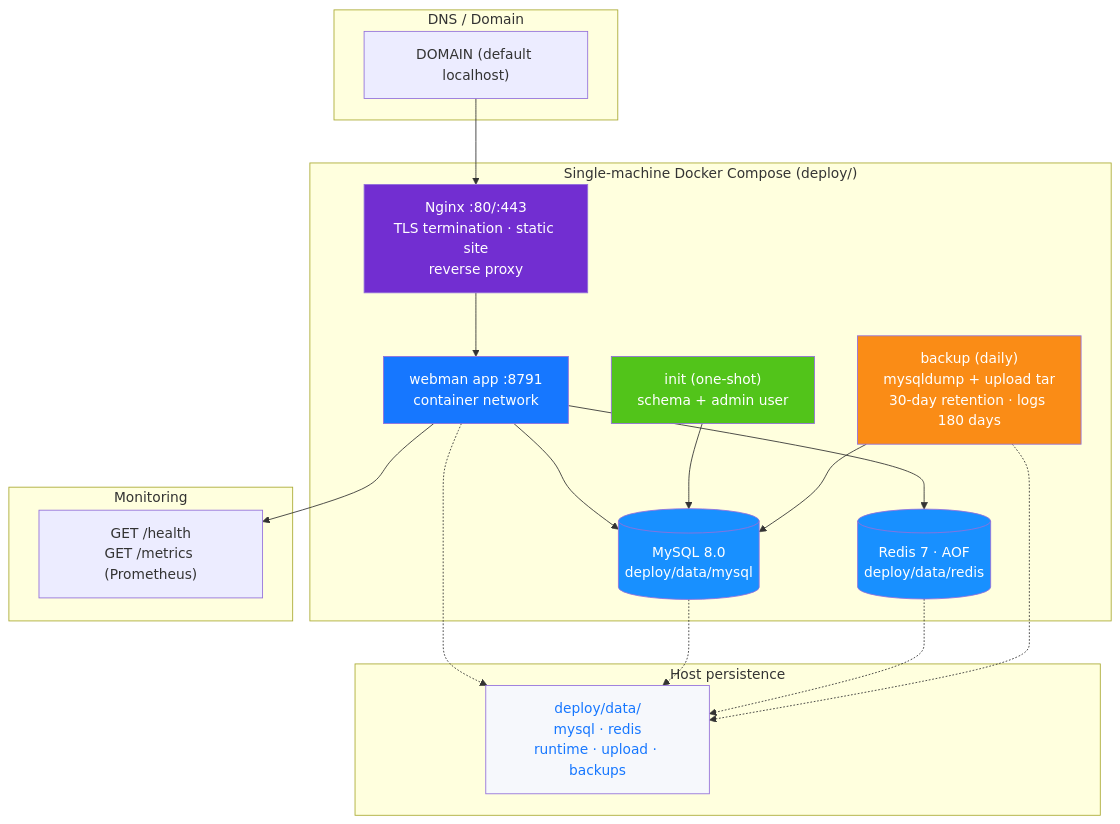
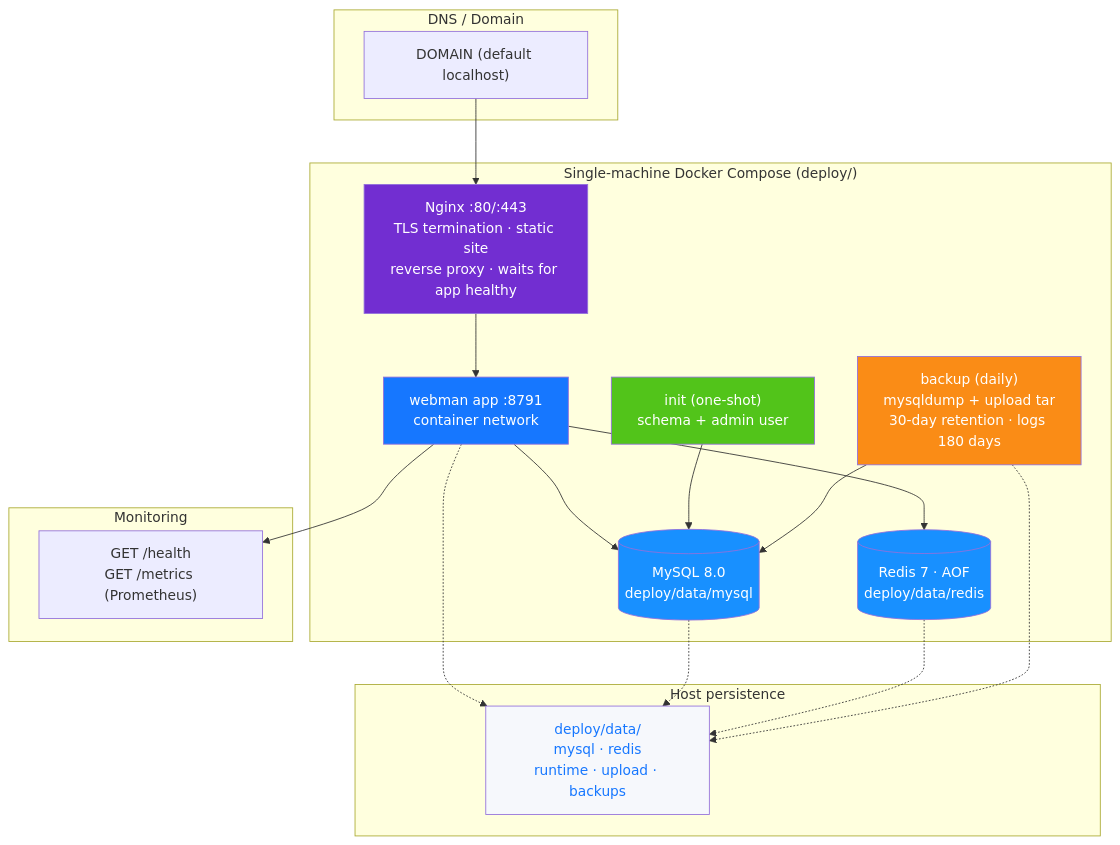
One commit to erikwang2013/open-admin changed the diagram in docs/diagrams/12-deployment.en.md. Above: the diagram before and after it, drawn with Mermaid. The commit also changed 62 other files, not shown here.

````diff
--- a/docs/diagrams/12-deployment.en.md
+++ b/docs/diagrams/12-deployment.en.md
@@ -7,43 +7,43 @@
 ```mermaid
 flowchart TB
     subgraph dns["DNS / Domain"]
         domain["DOMAIN (default localhost)"]
     end
 
     subgraph host["Single-machine Docker Compose (deploy/)"]
-        nginx["Nginx :80/:443<br/>TLS termination · static site<br/>reverse proxy"]
+        nginx["Nginx :80/:443<br/>TLS termination · static site<br/>reverse proxy · waits for app healthy"]
         bootstrap["init (one-shot)<br/>schema + admin user"]
         wm["webman app :8791<br/>container network"]
         mysql[("MySQL 8.0<br/>deploy/data/mysql")]
         redis[("Redis 7 · AOF<br/>deploy/data/redis")]
         backup["backup (daily)<br/>mysqldump + upload tar<br/>30-day retention · logs 180 days"]
     end
 
     subgraph persist["Host persistence"]
         data["deploy/data/<br/>mysql · redis<br/>runtime · upload · backups"]
     end
 
     subgraph monitor["Monitoring"]
         health["GET /health<br/>GET /metrics (Prometheus)"]
     end
 
     domain --> nginx
     nginx --> wm
     wm --> mysql
     wm --> redis
     bootstrap --> mysql
     backup --> mysql
     wm -.-> data
     mysql -.-> data
     redis -.-> data
     backup -.-> data
     wm --> health
 
     style nginx fill:#722ED1,color:#fff
     style bootstrap fill:#52C41A,color:#fff
     style wm fill:#1677FF,color:#fff
     style mysql fill:#1890FF,color:#fff
     style redis fill:#1890FF,color:#fff
     style backup fill:#FA8C16,color:#fff
     style data fill:#F6F8FC,color:#1677FF
 ```
````
